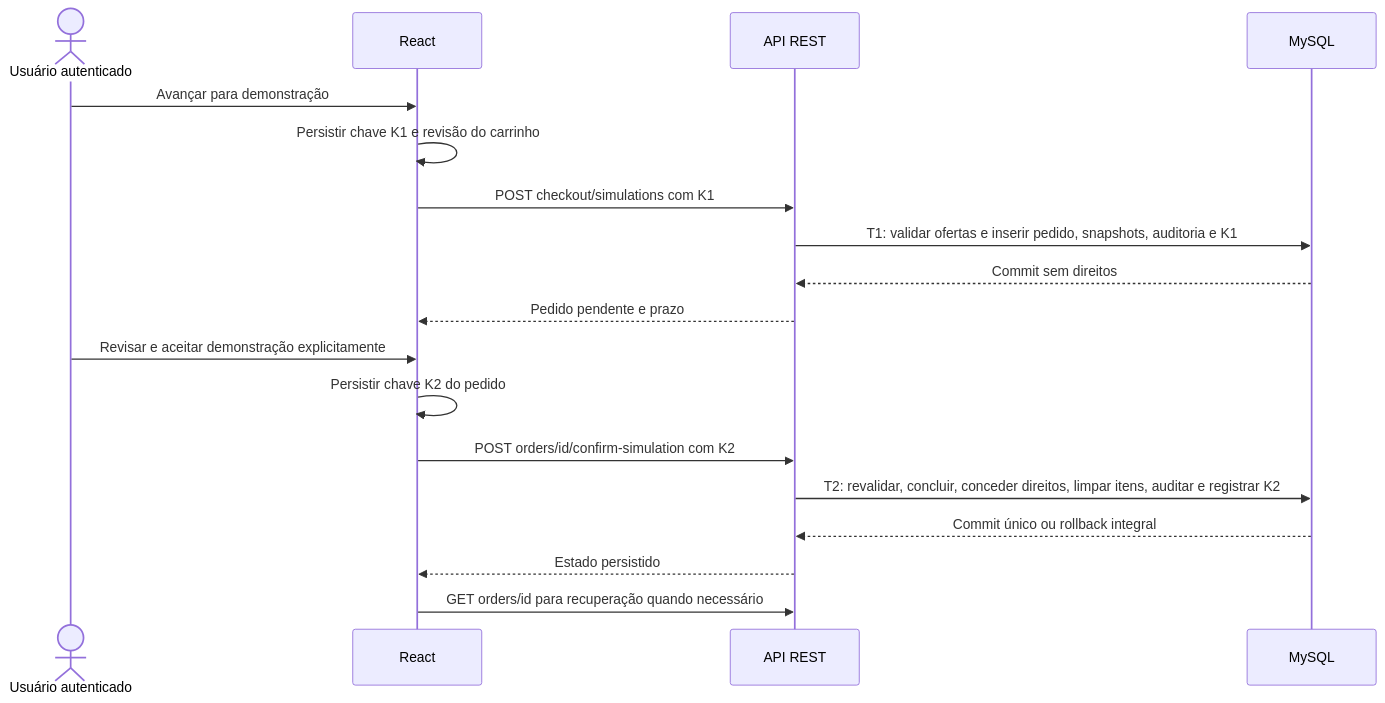
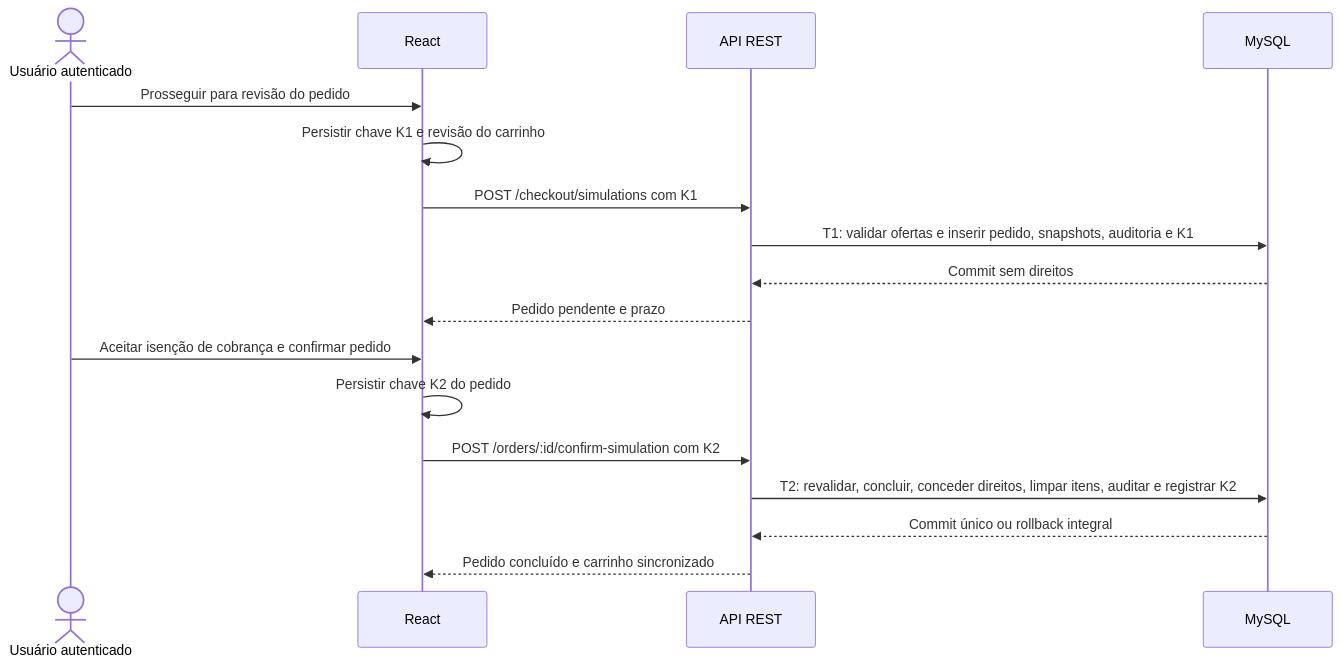
The first of 2 diagrams in docs/arquitetura/CHECKOUT-DEMONSTRATIVO.md (dernivaljr/wiki-chem), drawn with Mermaid before and after one commit. The commit also changed other lines of this file and 54 other files, not shown here.

````diff
--- a/docs/arquitetura/CHECKOUT-DEMONSTRATIVO.md
+++ b/docs/arquitetura/CHECKOUT-DEMONSTRATIVO.md
@@ -11,20 +11,19 @@
 ```mermaid
 sequenceDiagram
   actor U as Usuário autenticado
   participant R as React
   participant A as API REST
   participant M as MySQL
-  U->>R: Avançar para demonstração
+  U->>R: Prosseguir para revisão do pedido
   R->>R: Persistir chave K1 e revisão do carrinho
-  R->>A: POST checkout/simulations com K1
+  R->>A: POST /checkout/simulations com K1
   A->>M: T1: validar ofertas e inserir pedido, snapshots, auditoria e K1
   M-->>A: Commit sem direitos
   A-->>R: Pedido pendente e prazo
-  U->>R: Revisar e aceitar demonstração explicitamente
+  U->>R: Aceitar isenção de cobrança e confirmar pedido
   R->>R: Persistir chave K2 do pedido
-  R->>A: POST orders/id/confirm-simulation com K2
+  R->>A: POST /orders/:id/confirm-simulation com K2
   A->>M: T2: revalidar, concluir, conceder direitos, limpar itens, auditar e registrar K2
   M-->>A: Commit único ou rollback integral
-  A-->>R: Estado persistido
-  R->>A: GET orders/id para recuperação quando necessário
+  A-->>R: Pedido concluído e carrinho sincronizado
 ```
````
